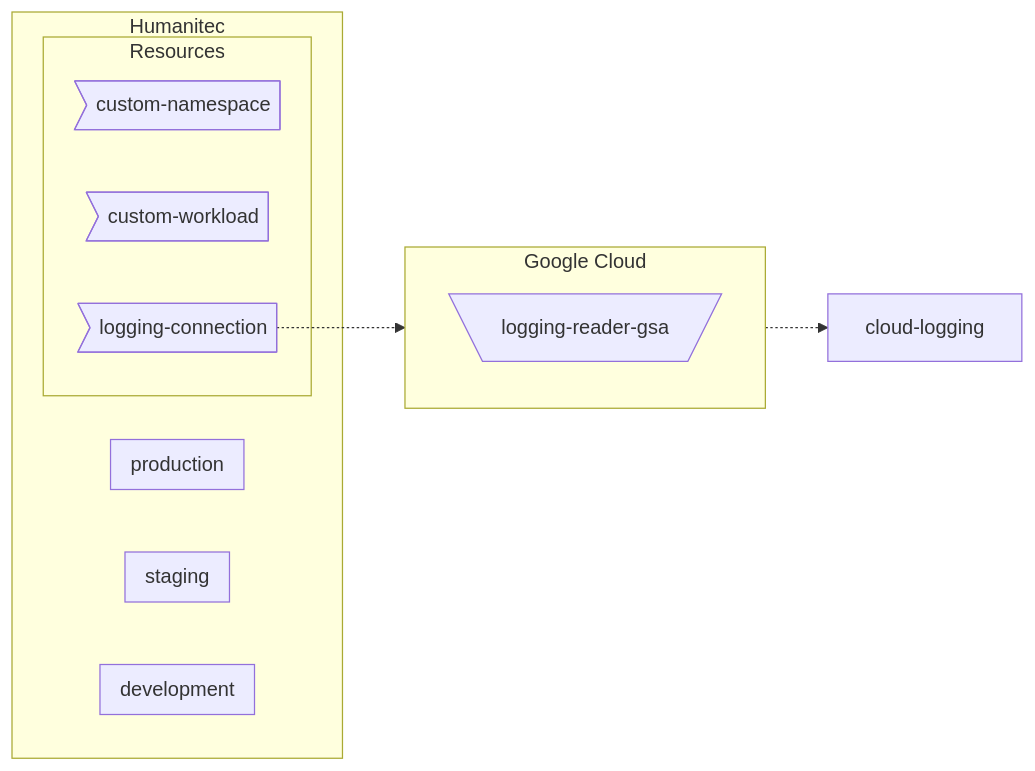
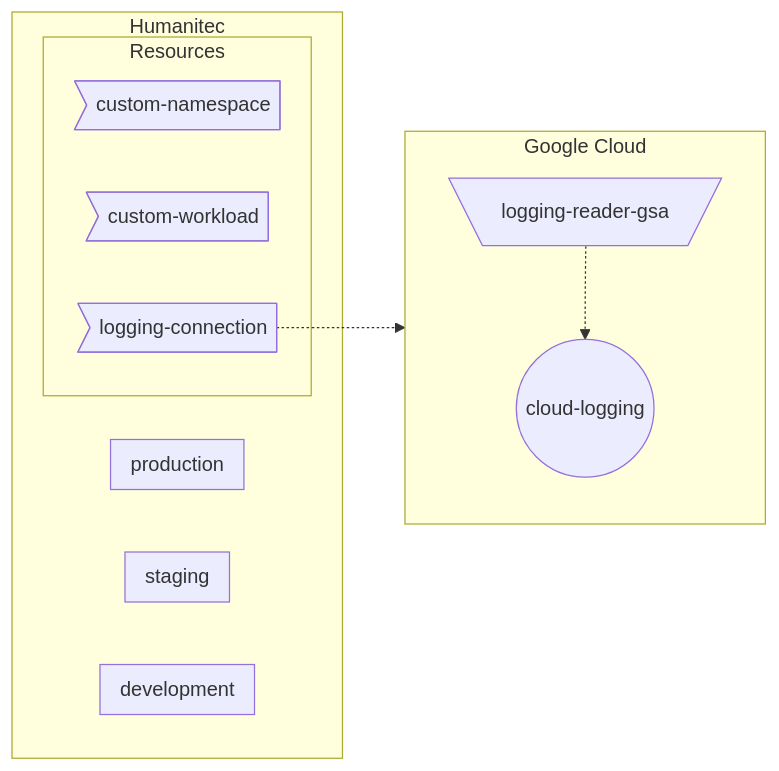
The diagram in docs/common-setup.md (mathieu-benoit/hello-humanitec), drawn with Mermaid before and after one commit.

````diff
--- a/docs/common-setup.md
+++ b/docs/common-setup.md
@@ -3,22 +3,23 @@
 ```mermaid
 flowchart LR
   subgraph Humanitec
     subgraph development
     end
     subgraph staging
     end
     subgraph production
     end
     subgraph Resources
         custom-namespace>custom-namespace]
         custom-workload>custom-workload]
 	logging-connection>logging-connection]
     end
   end
   subgraph Google Cloud
     direction TB
     logging-reader-gsa[\logging-reader-gsa/]
+    cloud-logging((cloud-logging))
   end
   logging-connection-.->logging-reader-gsa
   logging-reader-gsa-.->cloud-logging
 ```
````
